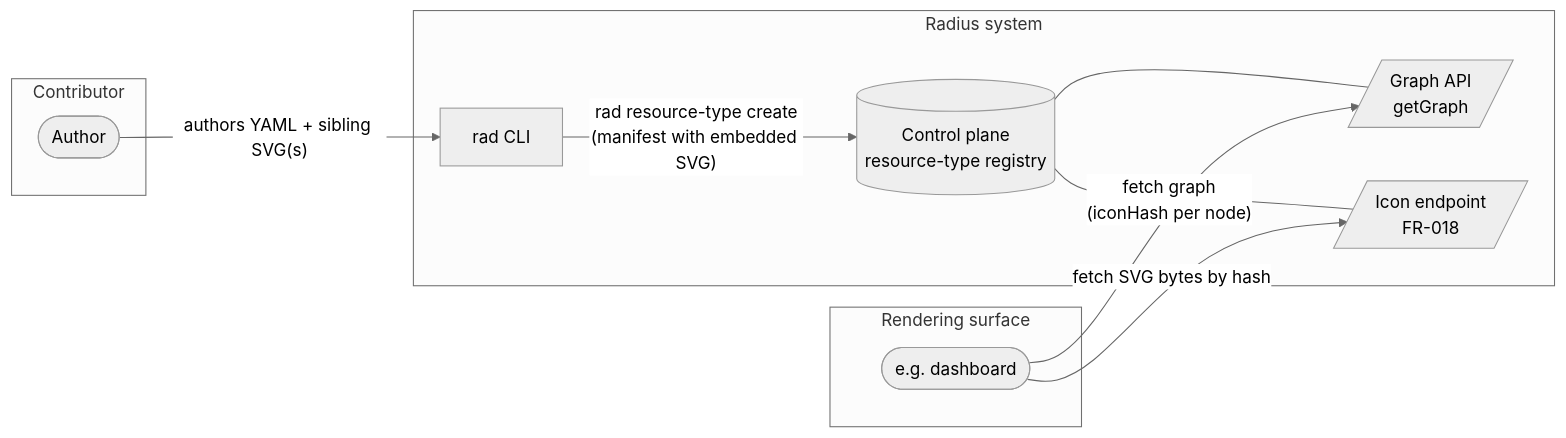
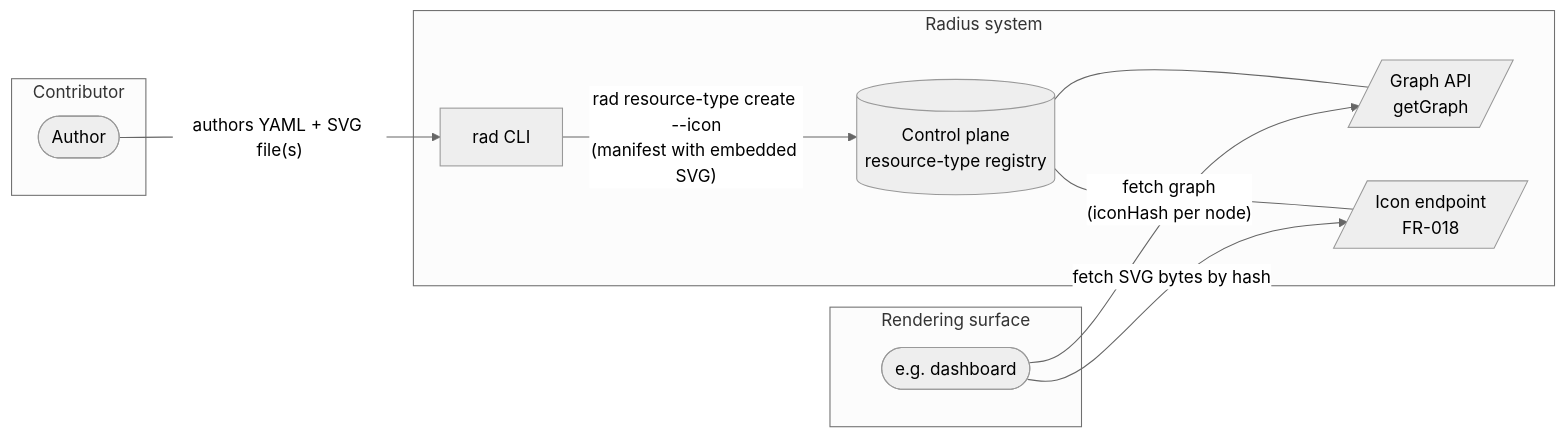
Before and after one commit to radius-project/radius: the first of 4 diagrams in specs/003-resource-type-icons/spec.md, drawn with Mermaid (neutral theme). The commit also changed other lines of this file and 1 other file, not shown here.

````diff
--- a/specs/003-resource-type-icons/spec.md
+++ b/specs/003-resource-type-icons/spec.md
@@ -11,24 +11,24 @@
 ```mermaid
 flowchart LR
     subgraph AuthorBox["Contributor"]
         Author([Author])
     end
 
     subgraph RadBox["Radius system"]
         CLI[rad CLI]
         CP[(Control plane<br/>resource-type registry)]
         GraphAPI[/Graph API<br/>getGraph/]
         Endpoint[/Icon endpoint<br/>FR-018/]
-        CLI -- "rad resource-type create<br/>(manifest with embedded SVG)" --> CP
+        CLI -- "rad resource-type create --icon<br/>(manifest with embedded SVG)" --> CP
         CP --- GraphAPI
         CP --- Endpoint
     end
 
     subgraph RenderBox["Rendering surface"]
         Renderer([e.g. dashboard])
     end
 
-    Author -- "authors YAML + sibling SVG(s)" --> CLI
+    Author -- "authors YAML + SVG file(s)" --> CLI
     Renderer -- "fetch graph<br/>(iconHash per node)" --> GraphAPI
     Renderer -- "fetch SVG bytes by hash" --> Endpoint
 ```
````
